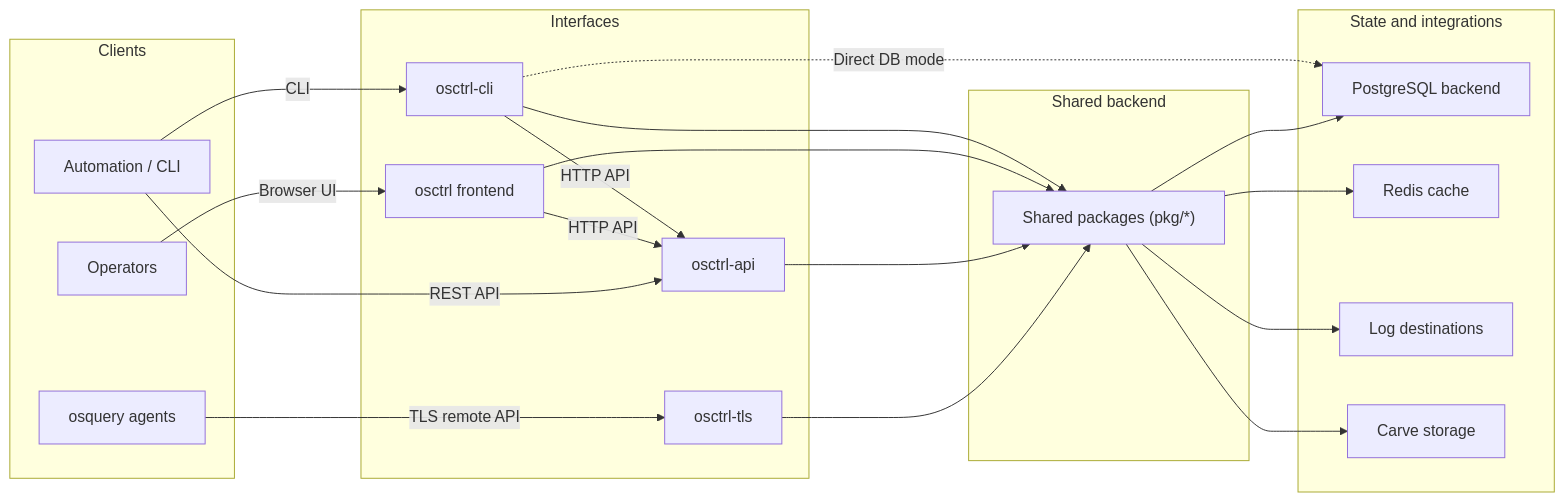
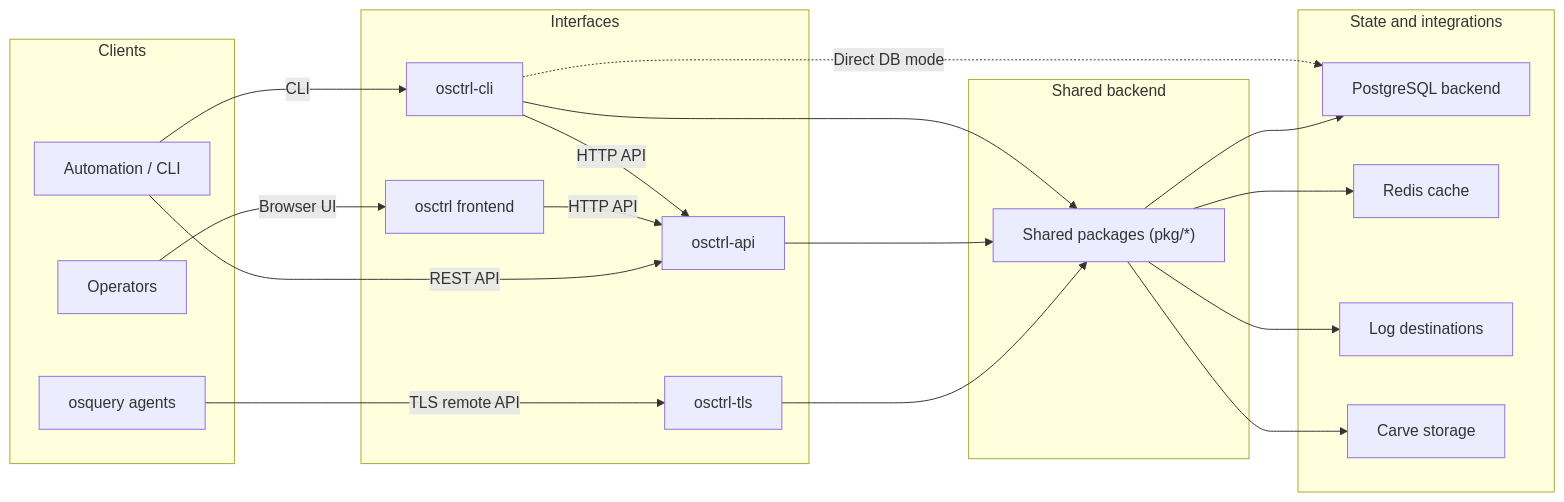
The diagram in README.md (jmpsec/osctrl), drawn with Mermaid before and after one commit. The commit also changed other lines of this file and 1 other file, not shown here.

````diff
--- a/README.md
+++ b/README.md
@@ -99,45 +103,44 @@
 ```mermaid
 flowchart LR
     subgraph Clients["Clients"]
         Agents["osquery agents"]
         Ops["Operators"]
         Tools["Automation / CLI"]
     end
 
     subgraph Interfaces["Interfaces"]
         TLS["osctrl-tls"]
         Frontend["osctrl frontend"]
         API["osctrl-api"]
         CLI["osctrl-cli"]
     end
 
     subgraph Core["Shared backend"]
         Shared["Shared packages (pkg/*)"]
     end
 
     subgraph Data["State and integrations"]
         DB["PostgreSQL backend"]
         Redis["Redis cache"]
         Logs["Log destinations"]
         Carves["Carve storage"]
     end
 
     Agents -->|TLS remote API| TLS
     Ops -->|Browser UI| Frontend
     Tools -->|REST API| API
     Tools -->|CLI| CLI
 
     Frontend -->|HTTP API| API
     CLI -->|HTTP API| API
 
     TLS --> Shared
     API --> Shared
-    Frontend --> Shared
     CLI --> Shared
 
     Shared --> DB
     Shared --> Redis
     Shared --> Logs
     Shared --> Carves
     CLI -.->|Direct DB mode| DB
 ```
````
